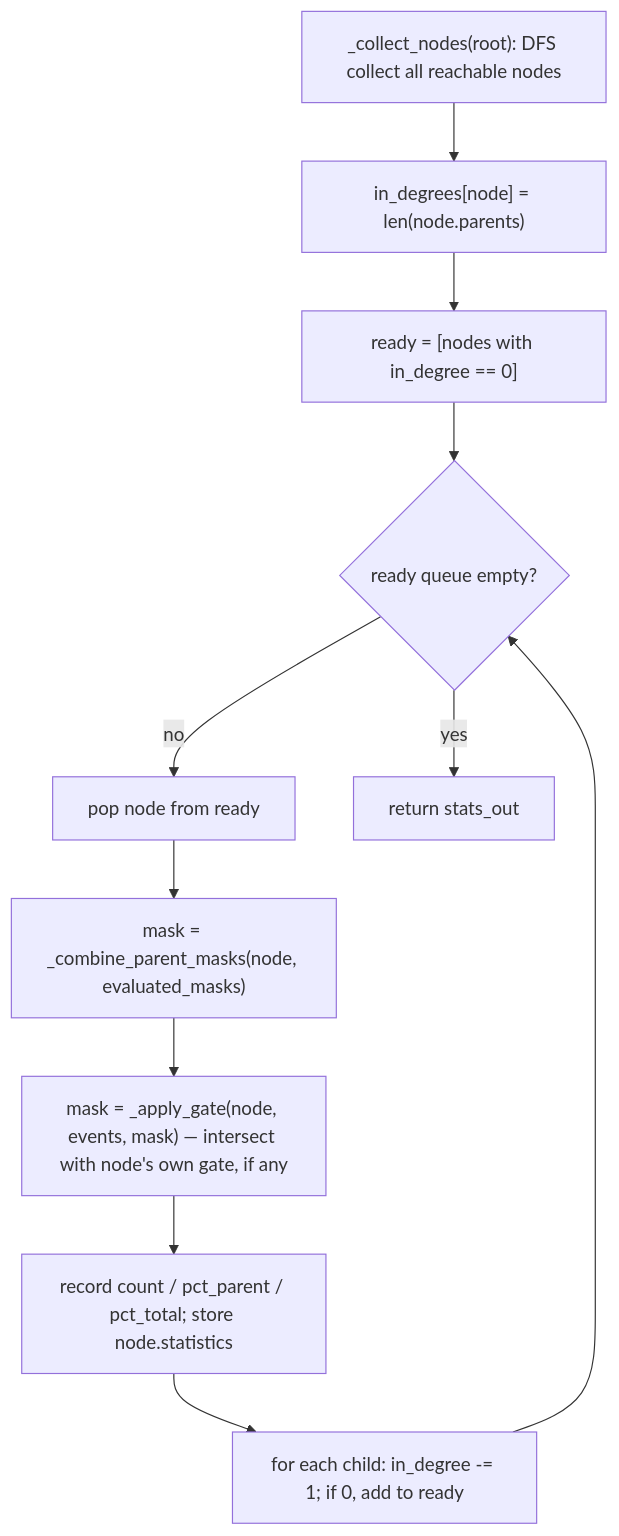
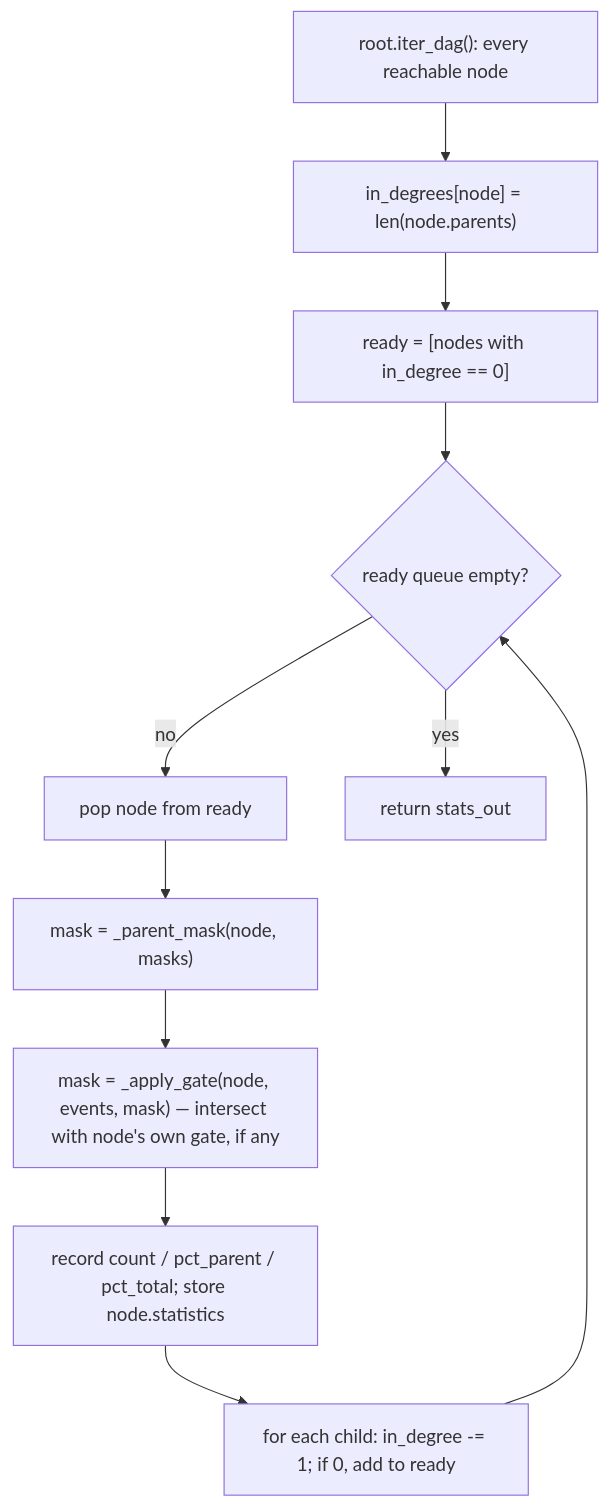
One commit to KalaimaranB/Karcytics-flow-cytometry changed the second of 3 diagrams in docs/developer/05_GATING_AND_COMPENSATION_DEEP_DIVE.md. Above: the diagram before and after it, drawn with Mermaid. The commit also changed other lines of this file and 62 other files, not shown here.

````diff
--- a/docs/developer/05_GATING_AND_COMPENSATION_DEEP_DIVE.md
+++ b/docs/developer/05_GATING_AND_COMPENSATION_DEEP_DIVE.md
@@ -82,13 +82,13 @@
 ```mermaid
 flowchart TD
-    A["_collect_nodes(root): DFS collect all reachable nodes"] --> B["in_degrees[node] = len(node.parents)"]
+    A["root.iter_dag(): every reachable node"] --> B["in_degrees[node] = len(node.parents)"]
     B --> C["ready = [nodes with in_degree == 0]"]
     C --> D{"ready queue empty?"}
     D -- no --> E["pop node from ready"]
-    E --> F["mask = _combine_parent_masks(node, evaluated_masks)"]
+    E --> F["mask = _parent_mask(node, masks)"]
     F --> G["mask = _apply_gate(node, events, mask) — intersect with node's own gate, if any"]
     G --> H["record count / pct_parent / pct_total; store node.statistics"]
     H --> I["for each child: in_degree -= 1; if 0, add to ready"]
     I --> D
     D -- yes --> J["return stats_out"]
 ```
````
